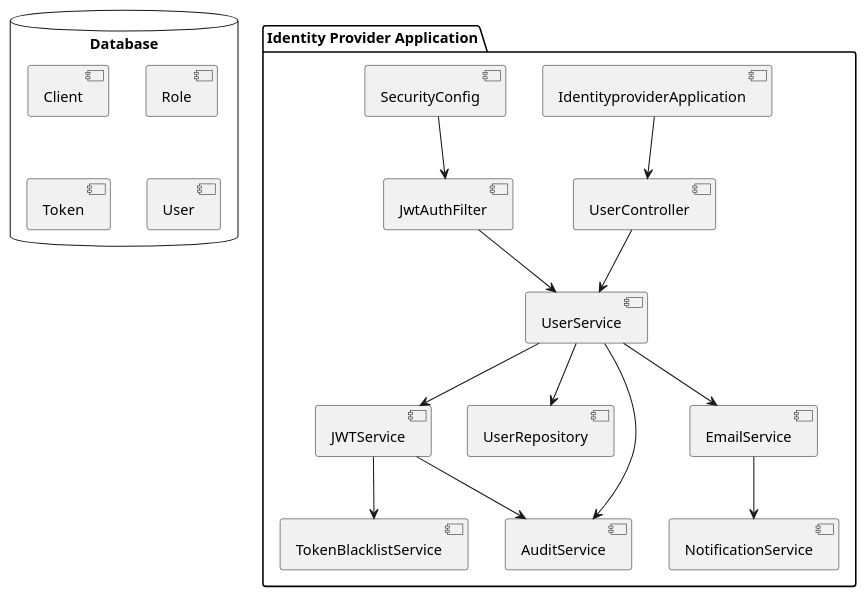
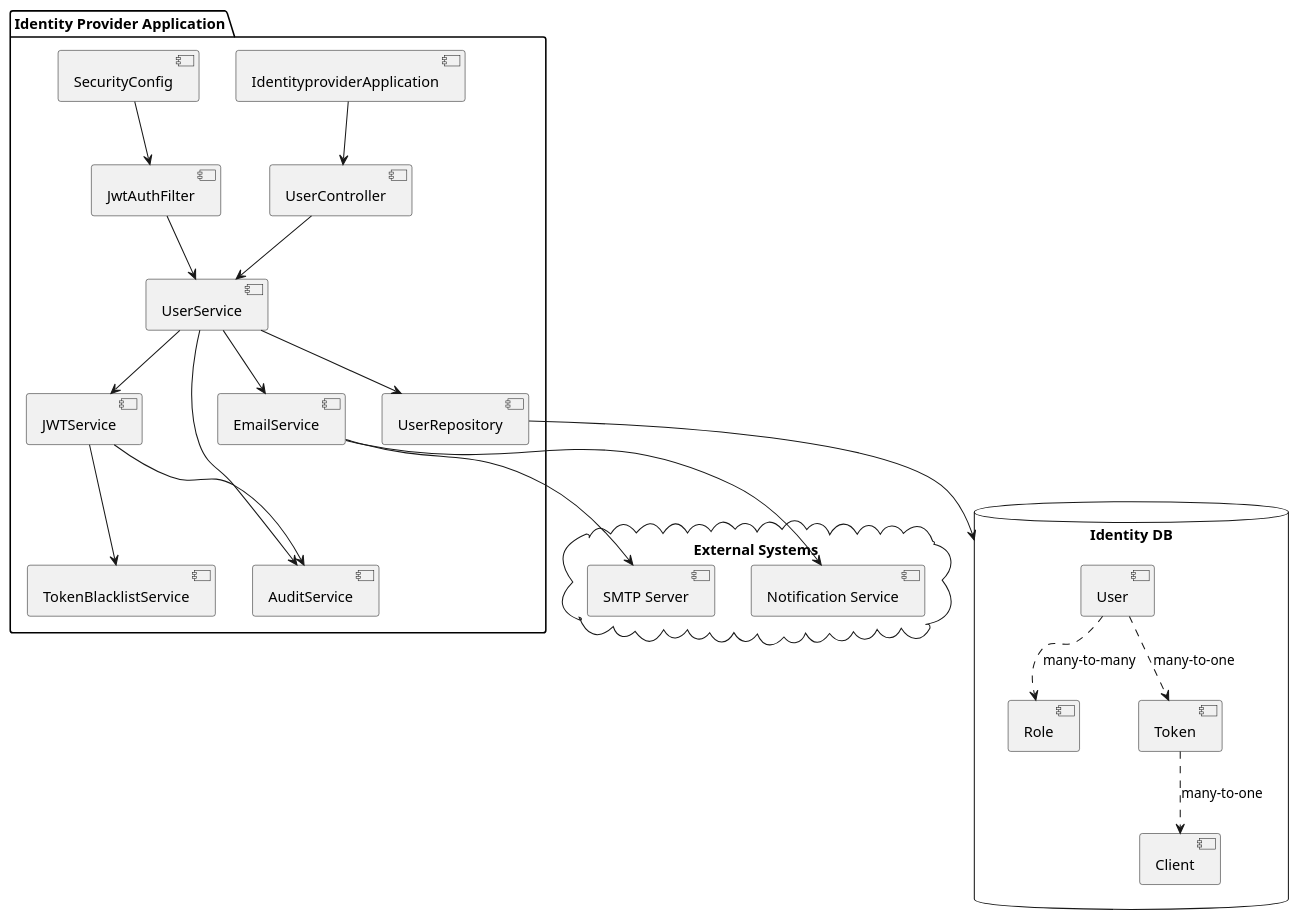
Before and after one commit to Dinesh-s95/AutoDoc.ai: the diagram in identityprovider/documentation/architecturedesign.adoc, drawn with PlantUML. The commit also changed other lines of this file and 8 other files, not shown here.

```diff
--- a/identityprovider/documentation/architecturedesign.adoc
+++ b/identityprovider/documentation/architecturedesign.adoc
@@ -9,37 +9,48 @@
 [plantuml, diagram-architecture, png]
 ----
 @startuml
 package "Identity Provider Application" {
-  [IdentityproviderApplication] as App
-  [UserController] as Controller
-  [UserService] as UserService
-  [JWTService] as JWTService
-  [SecurityConfig] as SecurityConfig
-  [JwtAuthFilter] as JwtAuthFilter
-  [UserRepository] as UserRepository
-  [AuditService] as AuditService
-  [EmailService] as EmailService
-  [NotificationService] as NotificationService
-  [TokenBlacklistService] as TokenBlacklistService
+  [IdentityproviderApplication] as app
+  [UserController] as controller
+  [UserService] as userService
+  [JWTService] as jwtService
+  [AuditService] as auditService
+  [EmailService] as emailService
+  [TokenBlacklistService] as tokenBlacklist
+  [SecurityConfig] as securityConfig
+  [JwtAuthFilter] as jwtFilter
+  [UserRepository] as userRepo
 }
 
-database "Database" {
+database "Identity DB" {
+  [User]
+  [Role]
   [Client]
-  [Role]
   [Token]
-  [User]
 }
 
-App --> Controller
-Controller --> UserService
-UserService --> UserRepository
-UserService --> JWTService
-UserService --> AuditService
-UserService --> EmailService
-JWTService --> AuditService
-JWTService --> TokenBlacklistService
-JwtAuthFilter --> UserService
-SecurityConfig --> JwtAuthFilter
-EmailService --> NotificationService
+cloud "External Systems" {
+  [SMTP Server]
+  [Notification Service]
+}
+
+app --> controller
+controller --> userService
+userService --> jwtService
+userService --> emailService
+userService --> auditService
+userService --> userRepo
+jwtService --> tokenBlacklist
+jwtService --> auditService
+emailService --> [SMTP Server]
+emailService --> [Notification Service]
+jwtFilter --> userService
+securityConfig --> jwtFilter
+
+userRepo --> [Identity DB]
+[User] ..> [Role] : many-to-many
+[User] ..> [Token] : many-to-one
+[Token] ..> [Client] : many-to-one
+
 @enduml
 ----
```
